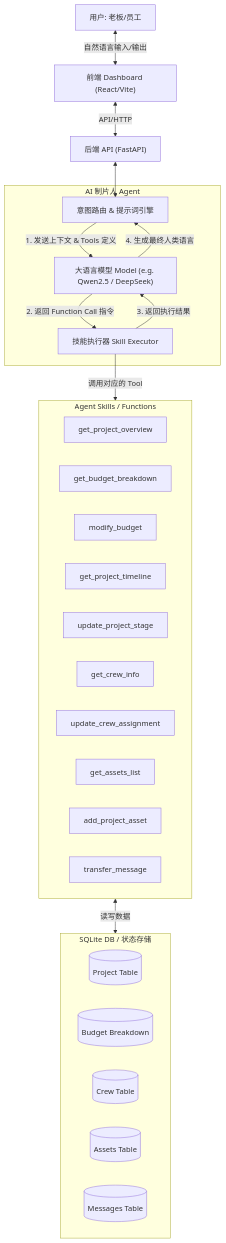
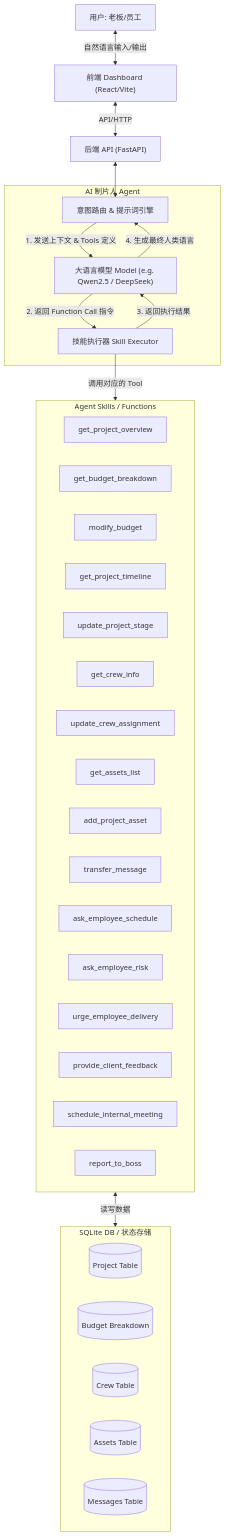
The diagram in AI_Producer_Product_Features.md (Rebootony/AI_Producer), drawn with Mermaid before and after one commit. The commit also changed 6 other files, not shown here.

Commit message:
fix: rename producer and prevent AI hallucinating employee responses to boss

````diff
--- a/AI_Producer_Product_Features.md
+++ b/AI_Producer_Product_Features.md
@@ -76,43 +76,49 @@
 ```mermaid
 graph TD
     User["用户: 老板/员工"] <-->|"自然语言输入/输出"| Frontend["前端 Dashboard (React/Vite)"]
     
     Frontend <-->|"API/HTTP"| Backend["后端 API (FastAPI)"]
     
     subgraph AI_Producer_Agent ["AI 制片人 Agent"]
         Router["意图路由 & 提示词引擎"]
         LLM["大语言模型 Model (e.g. Qwen2.5 / DeepSeek)"]
         
         Router -->|"1. 发送上下文 & Tools 定义"| LLM
         LLM -->|"2. 返回 Function Call 指令"| Executor["技能执行器 Skill Executor"]
         Executor -->|"3. 返回执行结果"| LLM
         LLM -->|"4. 生成最终人类语言"| Router
     end
     
     Backend <--> Router
     
     subgraph Skills ["Agent Skills / Functions"]
         S1["get_project_overview"]
         S2["get_budget_breakdown"]
         S3["modify_budget"]
         S4["get_project_timeline"]
         S5["update_project_stage"]
         S6["get_crew_info"]
         S7["update_crew_assignment"]
         S8["get_assets_list"]
         S9["add_project_asset"]
         S10["transfer_message"]
+        S11["ask_employee_schedule"]
+        S12["ask_employee_risk"]
+        S13["urge_employee_delivery"]
+        S14["provide_client_feedback"]
+        S15["schedule_internal_meeting"]
+        S16["report_to_boss"]
     end
     
     Executor -->|"调用对应的 Tool"| Skills
     
     subgraph Database ["SQLite DB / 状态存储"]
         DB_Proj[("Project Table")]
         DB_Budget[("Budget Breakdown")]
         DB_Crew[("Crew Table")]
         DB_Assets[("Assets Table")]
         DB_Msg[("Messages Table")]
     end
     
     Skills <-->|"读写数据"| Database
 ```
````
